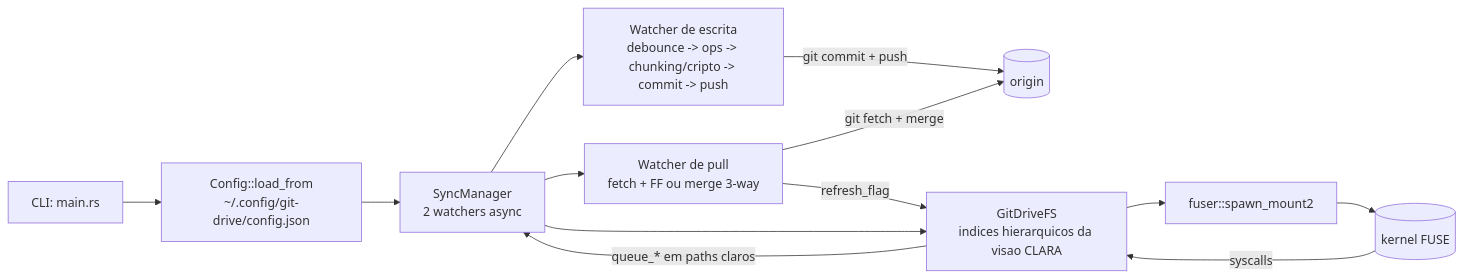
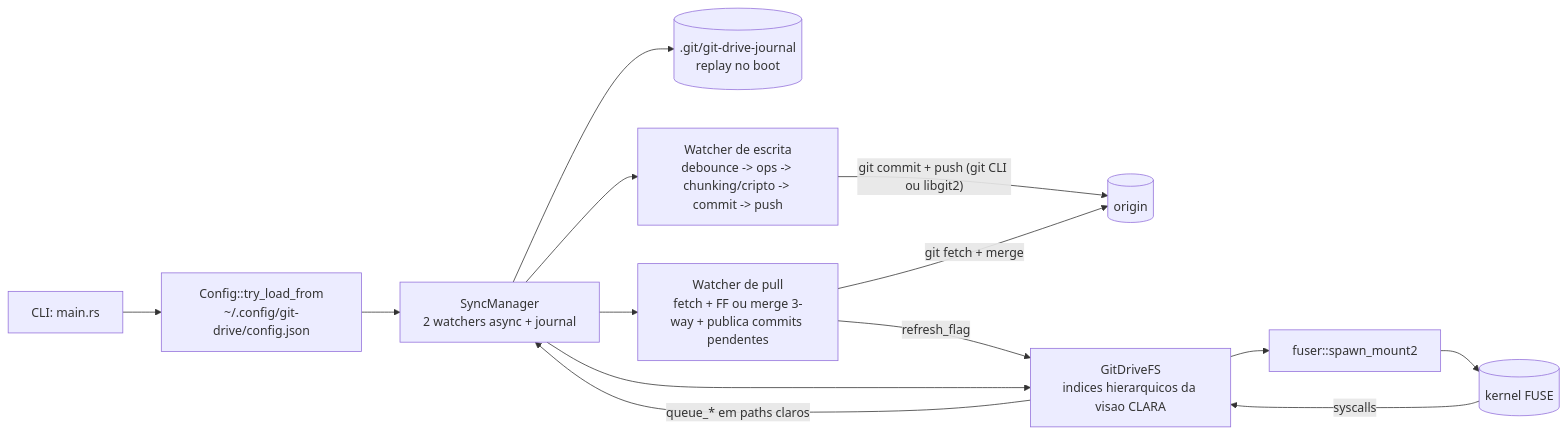
Before and after one commit to giacomeli/git-drive: the first of 2 diagrams in docs/pt-br/arquitetura.md, drawn with Mermaid. The commit also changed other lines of this file and 8 other files, not shown here.

````diff
--- a/docs/pt-br/arquitetura.md
+++ b/docs/pt-br/arquitetura.md
@@ -22,15 +22,16 @@
 ```mermaid
 flowchart LR
-    CLI[CLI: main.rs] --> Config[Config::load_from<br/>~/.config/git-drive/config.json]
-    Config --> Sync[SyncManager<br/>2 watchers async]
+    CLI[CLI: main.rs] --> Config[Config::try_load_from<br/>~/.config/git-drive/config.json]
+    Config --> Sync[SyncManager<br/>2 watchers async + journal]
+    Sync --> Journal[(".git/git-drive-journal<br/>replay no boot")]
     Sync --> Write[Watcher de escrita<br/>debounce -> ops -> chunking/cripto -> commit -> push]
-    Sync --> Pull[Watcher de pull<br/>fetch + FF ou merge 3-way]
+    Sync --> Pull[Watcher de pull<br/>fetch + FF ou merge 3-way + publica commits pendentes]
     Sync --> FS[GitDriveFS<br/>indices hierarquicos da visao CLARA]
     FS --> Mount[fuser::spawn_mount2]
     Mount --> Kernel[(kernel FUSE)]
     Kernel -- syscalls --> FS
     FS -- queue_* em paths claros --> Sync
-    Write -- git commit + push --> Remote[(origin)]
+    Write -- git commit + push (git CLI ou libgit2) --> Remote[(origin)]
     Pull -- git fetch + merge --> Remote
     Pull -- refresh_flag --> FS
 ```
````
